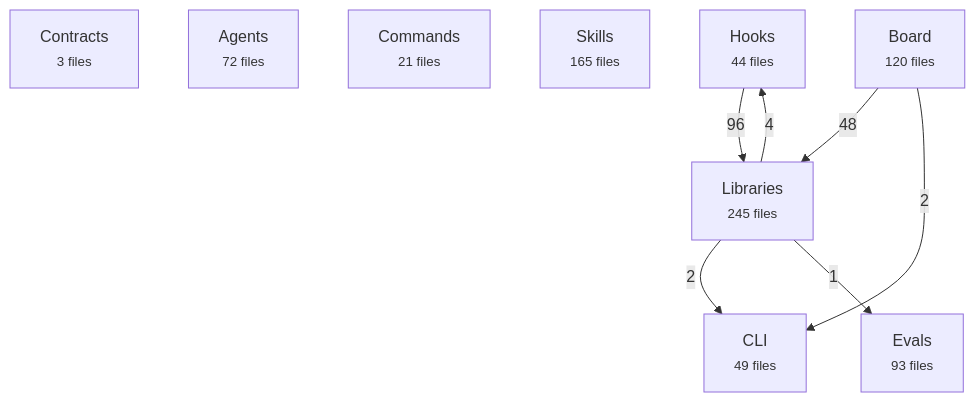
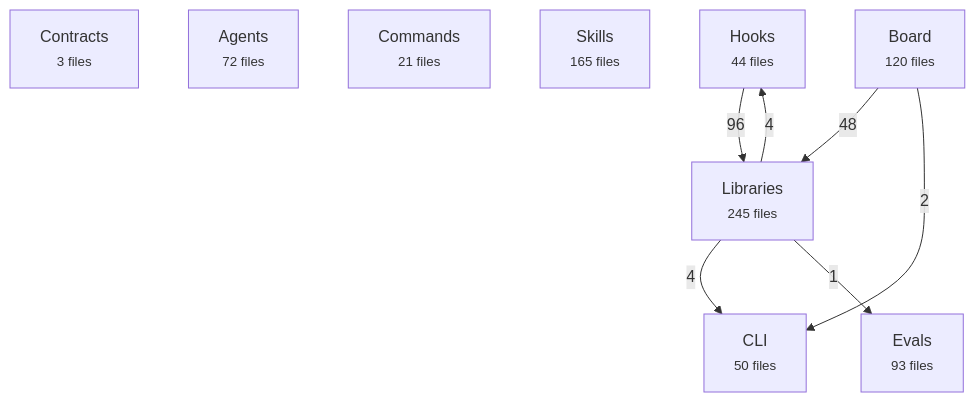
The first of 2 diagrams in docs/reference/architecture-map.md (avelikiy/great_cto), drawn with Mermaid before and after one commit. The commit also changed other lines of this file and 13 other files, not shown here.

````diff
--- a/docs/reference/architecture-map.md
+++ b/docs/reference/architecture-map.md
@@ -20,18 +20,18 @@
 ```mermaid
 flowchart TD
   contracts["Contracts<br/><small>3 files</small>"]
   agents["Agents<br/><small>72 files</small>"]
   commands["Commands<br/><small>21 files</small>"]
   skills["Skills<br/><small>165 files</small>"]
   hooks["Hooks<br/><small>44 files</small>"]
   libs["Libraries<br/><small>245 files</small>"]
   board["Board<br/><small>120 files</small>"]
-  cli["CLI<br/><small>49 files</small>"]
+  cli["CLI<br/><small>50 files</small>"]
   evals["Evals<br/><small>93 files</small>"]
   hooks -->|96| libs
   board -->|48| libs
   libs -->|4| hooks
-  libs -->|2| cli
+  libs -->|4| cli
   board -->|2| cli
   libs -->|1| evals
 ```
````
